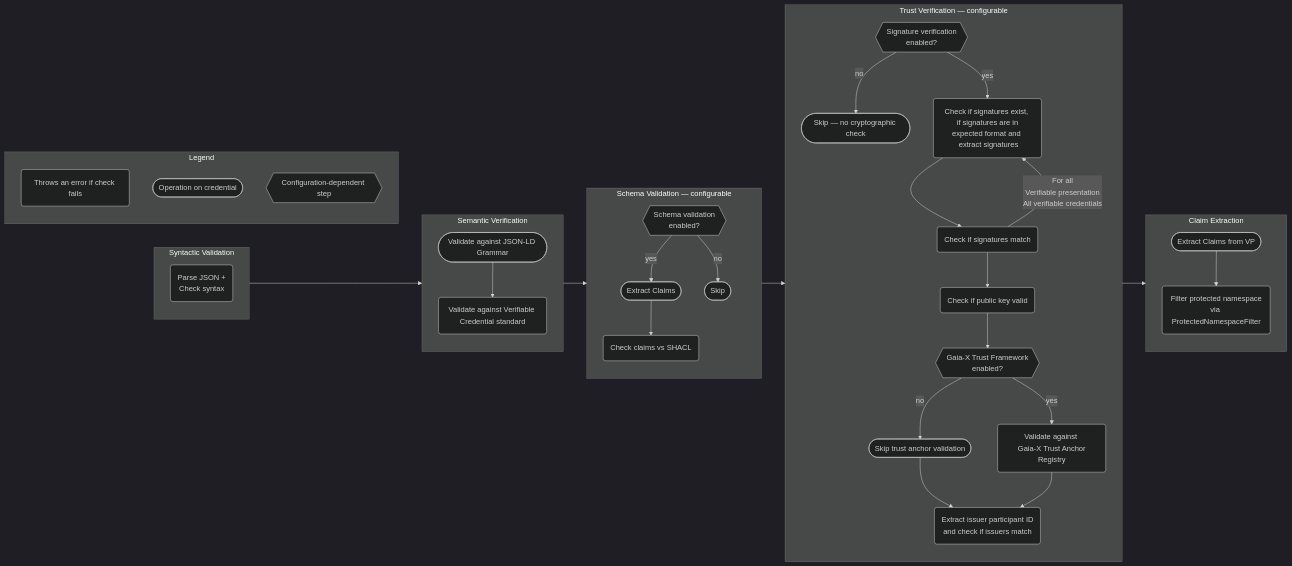
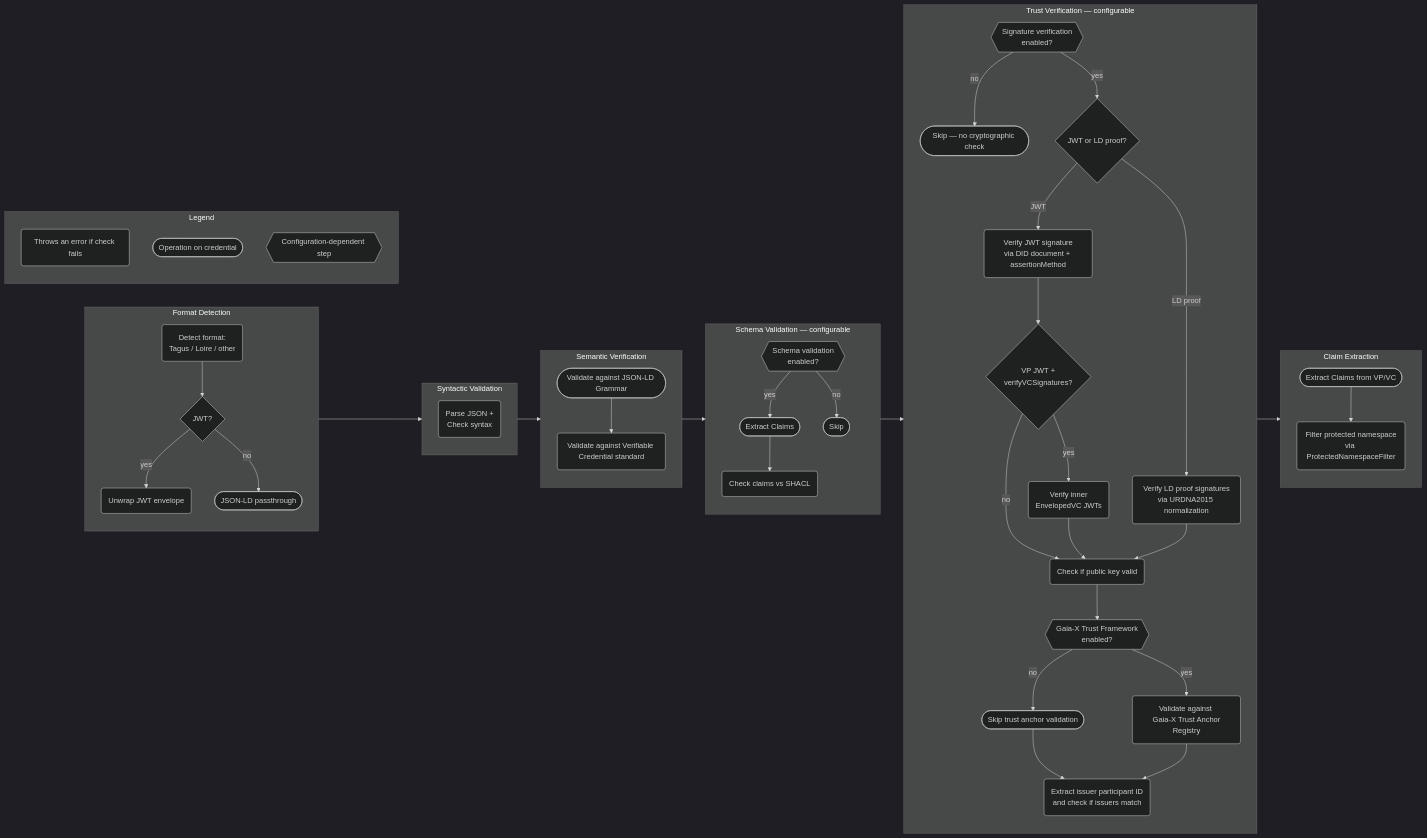
Before and after one commit to federated-catalogue-enhancements-2026/docs: diagram 35 of 35 in federated-catalogue/src/docs/architecture/chapters/06_runtime_view.adoc, drawn with Mermaid (dark theme). The commit also changed other lines of this file and 3 other files, not shown here.

```diff
--- a/federated-catalogue/src/docs/architecture/chapters/06_runtime_view.adoc
+++ b/federated-catalogue/src/docs/architecture/chapters/06_runtime_view.adoc
@@ -1126,48 +1145,59 @@
 [mermaid, width=2000]
 ....
 flowchart LR
+    subgraph zero [Format Detection]
+        zeroA(Detect format:<br>Tagus / Loire / other)
+        zeroA --> zeroB{JWT?}
+        zeroB --> |yes| zeroC(Unwrap JWT envelope)
+        zeroB --> |no| zeroD([JSON-LD passthrough])
+    end
     subgraph one [Syntactic Validation]
         oneB(Parse JSON +<br> Check syntax)
     end
     subgraph two [Semantic Verification]
         direction TB
         twoA([Validate against JSON-LD Grammar])
         twoA --> twoB(Validate against Verifiable Credential standard)
     end
     subgraph three [Schema Validation — configurable]
         direction TB
         threeA{{Schema validation<br>enabled?}}
         threeA --> |yes| threeB([Extract Claims])
         threeB --> threeC(Check claims vs SHACL)
         threeA --> |no| threeD([Skip])
     end
     subgraph four [Trust Verification — configurable]
         direction TB
         fourPre{{Signature verification<br>enabled?}}
         fourPre --> |no| fourSkip([Skip — no cryptographic check])
-        fourPre --> |yes| fourA(Check if signatures exist, <br> if signatures are in expected format and <br> extract signatures)
-        fourA --> fourB(Check if signatures match)
-        fourB --> |For all <br> Verifiable presentation <br> All verifiable credentials| fourA
-        fourB --> fourC(Check if public key valid)
+        fourPre --> |yes| fourFmt{JWT or LD proof?}
+        fourFmt --> |LD proof| fourA(Verify LD proof signatures<br>via URDNA2015 normalization)
+        fourFmt --> |JWT| fourJWT(Verify JWT signature<br>via DID document + assertionMethod)
+        fourJWT --> fourInner{VP JWT +<br>verifyVCSignatures?}
+        fourInner --> |yes| fourEnv(Verify inner<br>EnvelopedVC JWTs)
+        fourInner --> |no| fourC
+        fourEnv --> fourC
+        fourA --> fourC(Check if public key valid)
         fourC --> fourD{{Gaia-X Trust Framework <br> enabled?}}
         fourD --> |yes| fourE(Validate against <br> Gaia-X Trust Anchor Registry)
         fourD --> |no| fourF([Skip trust anchor validation])
         fourF --> fourG(Extract issuer participant ID <br> and check if issuers match)
         fourE --> fourG
     end
+    zero --> one
     one --> two
     two --> three
     three --> four
     four --> five
     subgraph five [Claim Extraction]
         direction TB
-        fiveA([Extract Claims from VP])
+        fiveA([Extract Claims from VP/VC])
         fiveA --> fiveB(Filter protected namespace<br>via ProtectedNamespaceFilter)
     end
     subgraph six [Legend]
         direction TB
         A(Throws an error if check fails)
         B([Operation on credential])
         C{{Configuration-dependent step}}
     end
 ....
```
